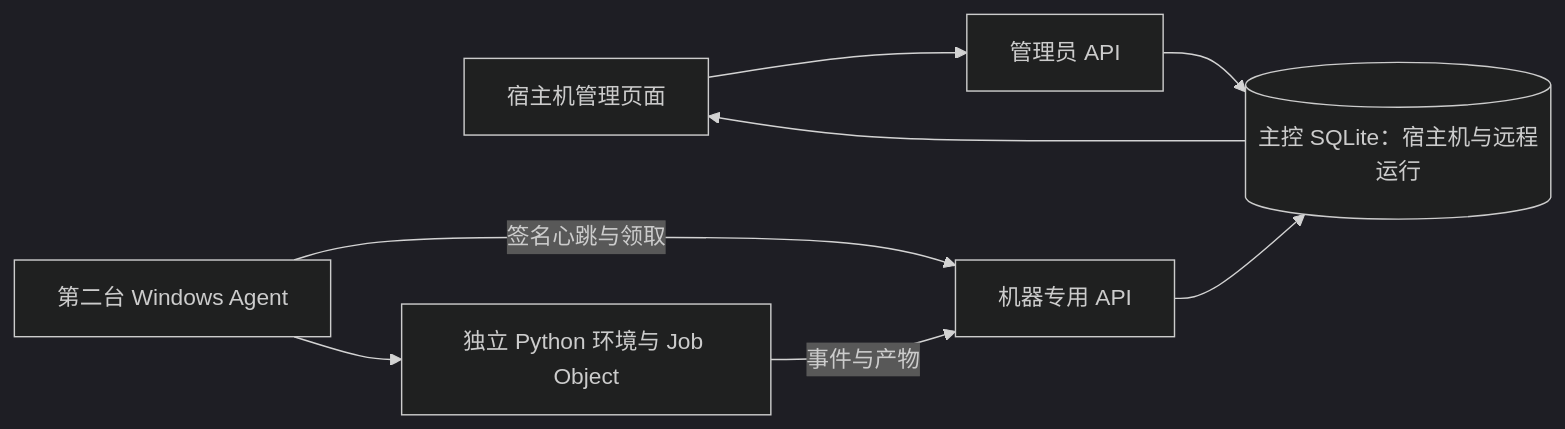
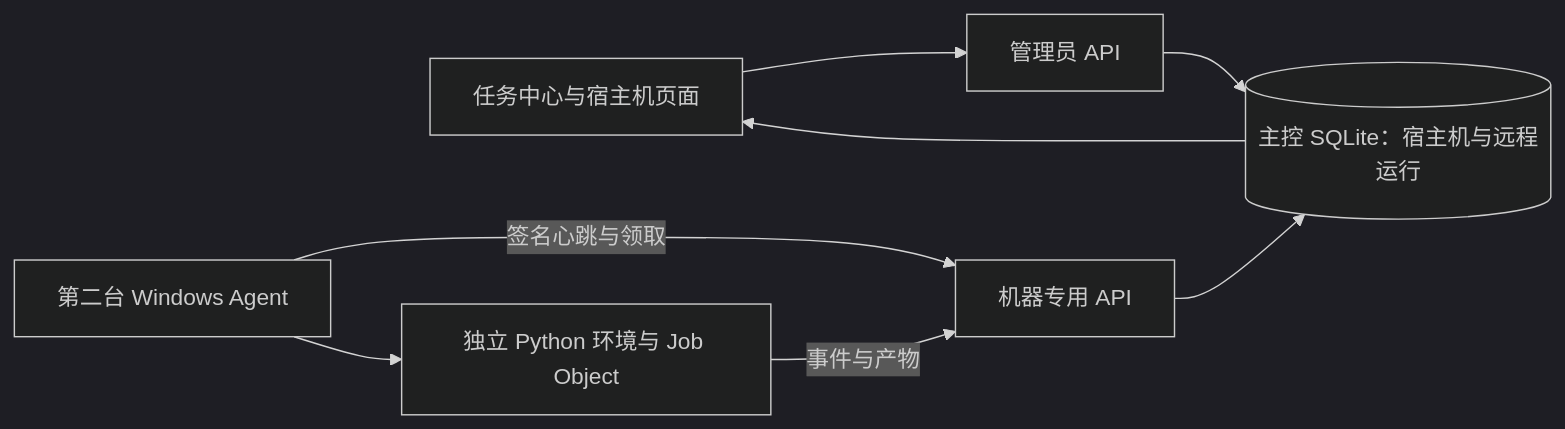
Before and after one commit to flyyang12-rgb/spiderFly: the first of 2 diagrams in docs/项目架构.md, drawn with Mermaid (dark theme). The commit also changed other lines of this file and 15 other files, not shown here.

Commit message:
Align SpiderFly usage copy and README diagrams

````diff
--- a/docs/项目架构.md
+++ b/docs/项目架构.md
@@ -9,10 +9,10 @@
 ```mermaid
 flowchart LR
-    Web[宿主机管理页面] --> HostAPI[管理员 API]
+    Web[任务中心与宿主机页面] --> HostAPI[管理员 API]
     HostAPI --> DB[(主控 SQLite：宿主机与远程运行)]
     Agent[第二台 Windows Agent] -->|签名心跳与领取| MachineAPI[机器专用 API]
     MachineAPI --> DB
     Agent --> Env[独立 Python 环境与 Job Object]
     Env -->|事件与产物| MachineAPI
     DB --> Web
 ```
````
